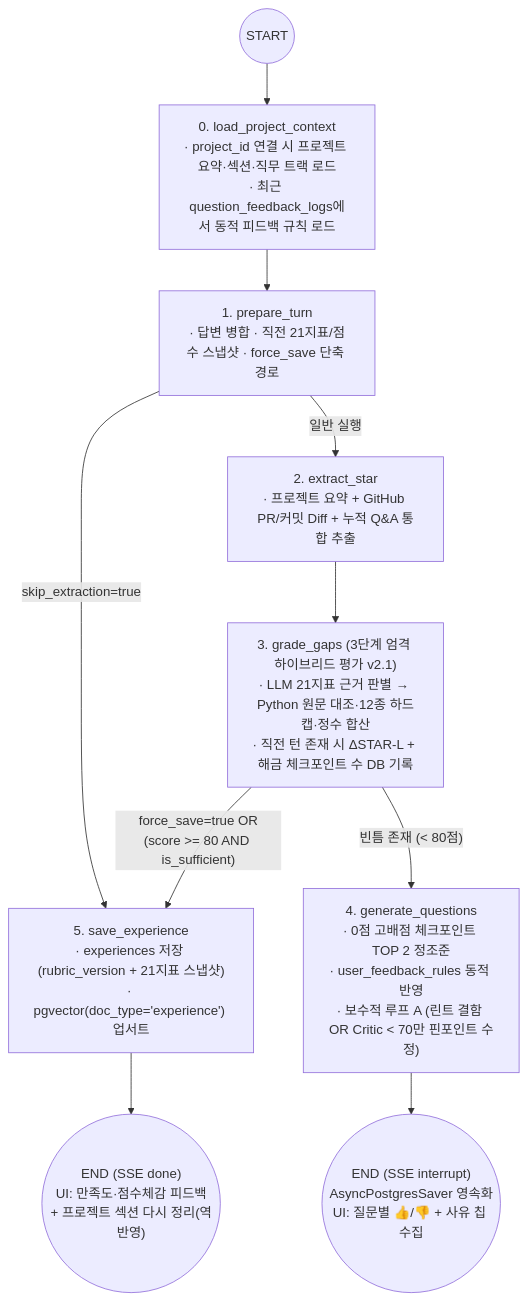
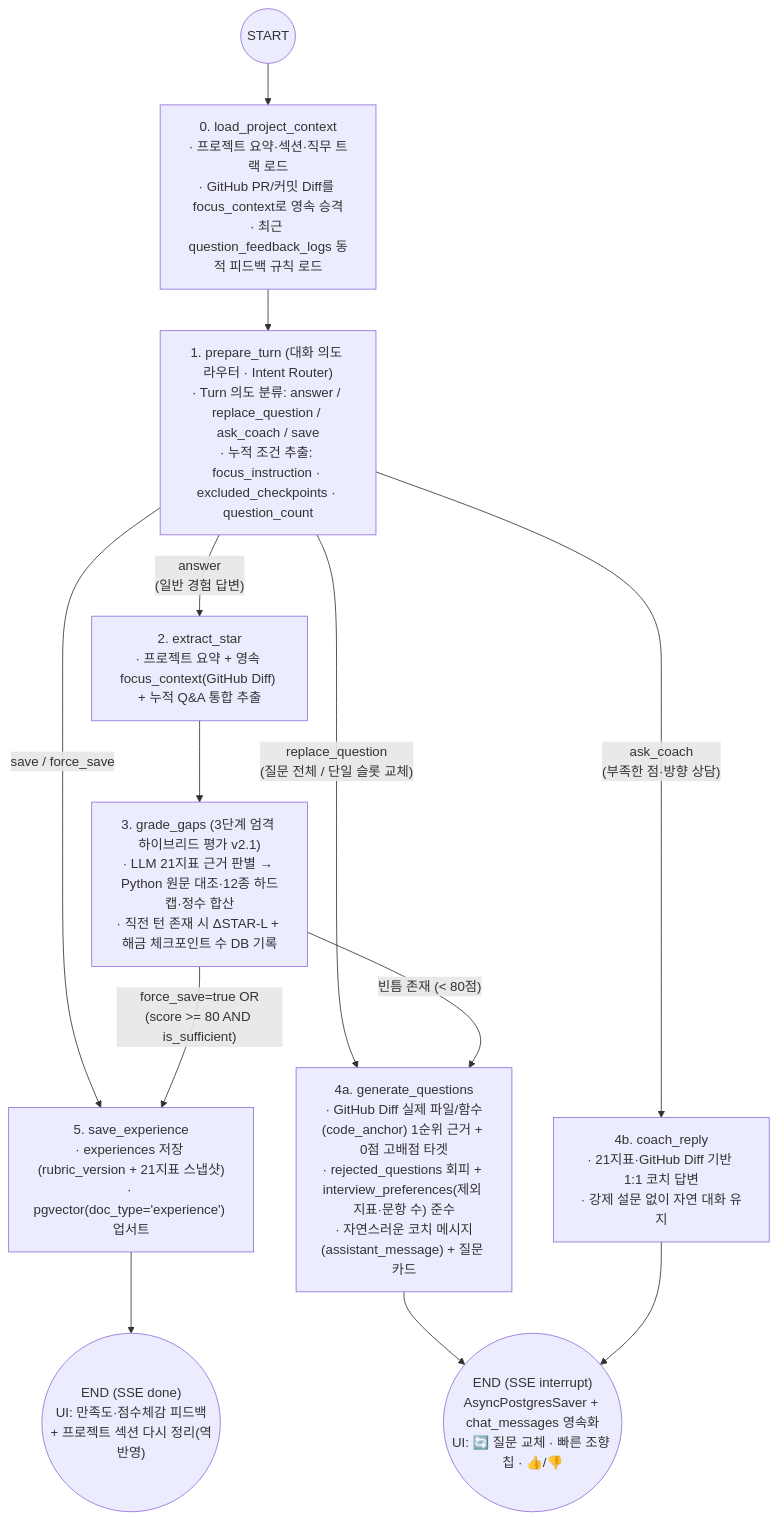
One commit to KASOP0306/write-on-vibe-lab changed the third of 3 diagrams in EXPERIENCE_MINING_ARCHITECTURE.md. Above: the diagram before and after it, drawn with Mermaid. The commit also changed other lines of this file and 9 other files, not shown here.

Commit message:
feat(interview): conversational multi-turn active interviewer v3.0 with GitHub Diff anchoring and question swap

````diff
--- a/EXPERIENCE_MINING_ARCHITECTURE.md
+++ b/EXPERIENCE_MINING_ARCHITECTURE.md
@@ -130,16 +130,19 @@
 ```mermaid
 flowchart TD
-    S((START)) --> LP["0. load_project_context<br/>· project_id 연결 시 프로젝트 요약·섹션·직무 트랙 로드<br/>· 최근 question_feedback_logs에서 동적 피드백 규칙 로드"]
-    LP --> P["1. prepare_turn<br/>· 답변 병합 · 직전 21지표/점수 스냅샷 · force_save 단축 경로"]
+    S((START)) --> LP["0. load_project_context<br/>· 프로젝트 요약·섹션·직무 트랙 로드<br/>· GitHub PR/커밋 Diff를 focus_context로 영속 승격<br/>· 최근 question_feedback_logs 동적 피드백 규칙 로드"]
+    LP --> P["1. prepare_turn (대화 의도 라우터 · Intent Router)<br/>· Turn 의도 분류: answer / replace_question / ask_coach / save<br/>· 누적 조건 추출: focus_instruction · excluded_checkpoints · question_count"]
 
-    P -->|"skip_extraction=true"| SAVE
-    P -->|"일반 실행"| EXT["2. extract_star<br/>· 프로젝트 요약 + GitHub PR/커밋 Diff + 누적 Q&A 통합 추출"]
+    P -->|"save / force_save"| SAVE
+    P -->|"ask_coach<br/>(부족한 점·방향 상담)"| COACH["4b. coach_reply<br/>· 21지표·GitHub Diff 기반 1:1 코치 답변<br/>· 강제 설문 없이 자연 대화 유지"]
+    P -->|"replace_question<br/>(질문 전체 / 단일 슬롯 교체)"| Q
+    P -->|"answer<br/>(일반 경험 답변)"| EXT["2. extract_star<br/>· 프로젝트 요약 + 영속 focus_context(GitHub Diff) + 누적 Q&A 통합 추출"]
 
     EXT --> GRADE["3. grade_gaps (3단계 엄격 하이브리드 평가 v2.1)<br/>· LLM 21지표 근거 판별 → Python 원문 대조·12종 하드캡·정수 합산<br/>· 직전 턴 존재 시 ΔSTAR-L + 해금 체크포인트 수 DB 기록"]
 
     GRADE -->|"force_save=true OR<br/>(score >= 80 AND is_sufficient)"| SAVE["5. save_experience<br/>· experiences 저장 (rubric_version + 21지표 스냅샷)<br/>· pgvector(doc_type='experience') 업서트"]
-    GRADE -->|"빈틈 존재 (< 80점)"| Q["4. generate_questions<br/>· 0점 고배점 체크포인트 TOP 2 정조준<br/>· user_feedback_rules 동적 반영<br/>· 보수적 루프 A (린트 결함 OR Critic < 70만 핀포인트 수정)"]
+    GRADE -->|"빈틈 존재 (< 80점)"| Q["4a. generate_questions<br/>· GitHub Diff 실제 파일/함수(code_anchor) 1순위 근거 + 0점 고배점 타겟<br/>· rejected_questions 회피 + interview_preferences(제외 지표·문항 수) 준수<br/>· 자연스러운 코치 메시지(assistant_message) + 질문 카드"]
 
-    Q --> INT(("END (SSE interrupt)<br/>AsyncPostgresSaver 영속화<br/>UI: 질문별 👍/👎 + 사유 칩 수집"))
+    Q --> INT(("END (SSE interrupt)<br/>AsyncPostgresSaver + chat_messages 영속화<br/>UI: 🔄 질문 교체 · 빠른 조향 칩 · 👍/👎"))
+    COACH --> INT
     SAVE --> DONE(("END (SSE done)<br/>UI: 만족도·점수체감 피드백<br/>+ 프로젝트 섹션 다시 정리(역반영)"))
 ```
````
